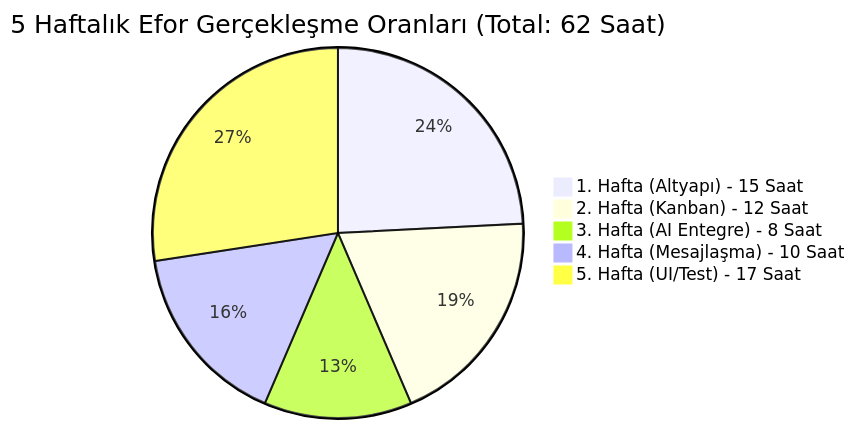
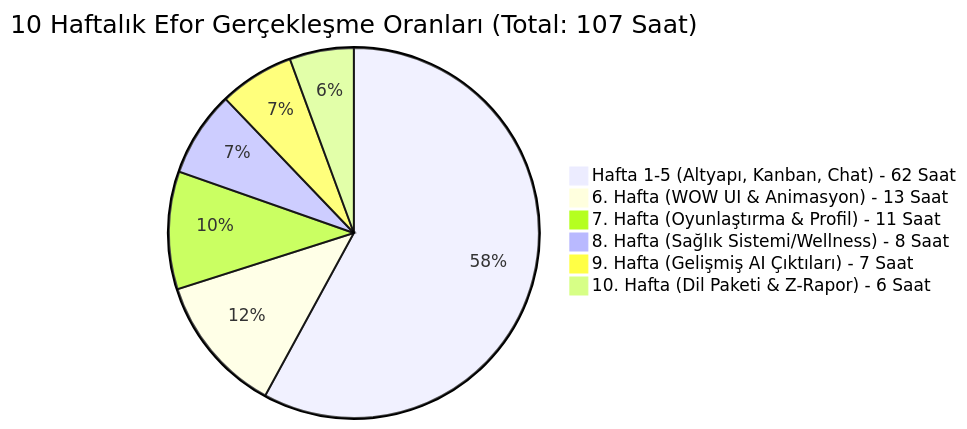
Before and after one commit to enesaltndll/Vize-Sonrasi-Goldbranch-AI: the diagram in README.md, drawn with Mermaid. The commit also changed other lines of this file, not shown here.

````diff
--- a/README.md
+++ b/README.md
@@ -101,8 +93,9 @@
 ```mermaid
-pie title 5 Haftalık Efor Gerçekleşme Oranları (Total: 62 Saat)
-    "1. Hafta (Altyapı) - 15 Saat" : 15
-    "2. Hafta (Kanban) - 12 Saat" : 12
-    "3. Hafta (AI Entegre) - 8 Saat" : 8
-    "4. Hafta (Mesajlaşma) - 10 Saat" : 10
-    "5. Hafta (UI/Test) - 17 Saat" : 17
+pie title 10 Haftalık Efor Gerçekleşme Oranları (Total: 107 Saat)
+    "Hafta 1-5 (Altyapı, Kanban, Chat) - 62 Saat" : 62
+    "6. Hafta (WOW UI & Animasyon) - 13 Saat" : 13
+    "7. Hafta (Oyunlaştırma & Profil) - 11 Saat" : 11
+    "8. Hafta (Sağlık Sistemi/Wellness) - 8 Saat" : 8
+    "9. Hafta (Gelişmiş AI Çıktıları) - 7 Saat" : 7
+    "10. Hafta (Dil Paketi & Z-Rapor) - 6 Saat" : 6
 ```
````
